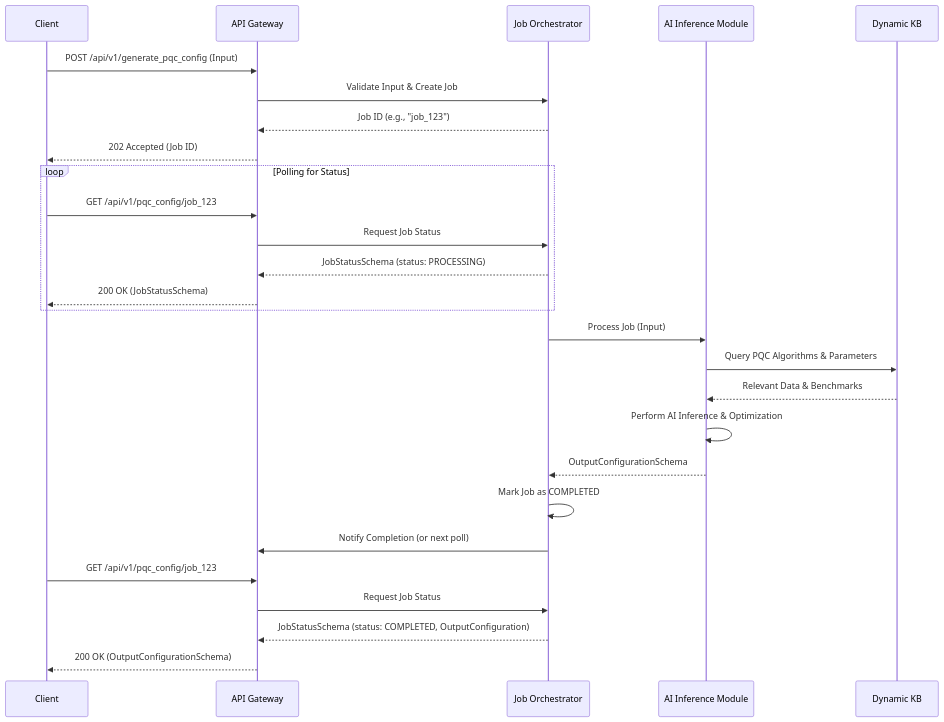
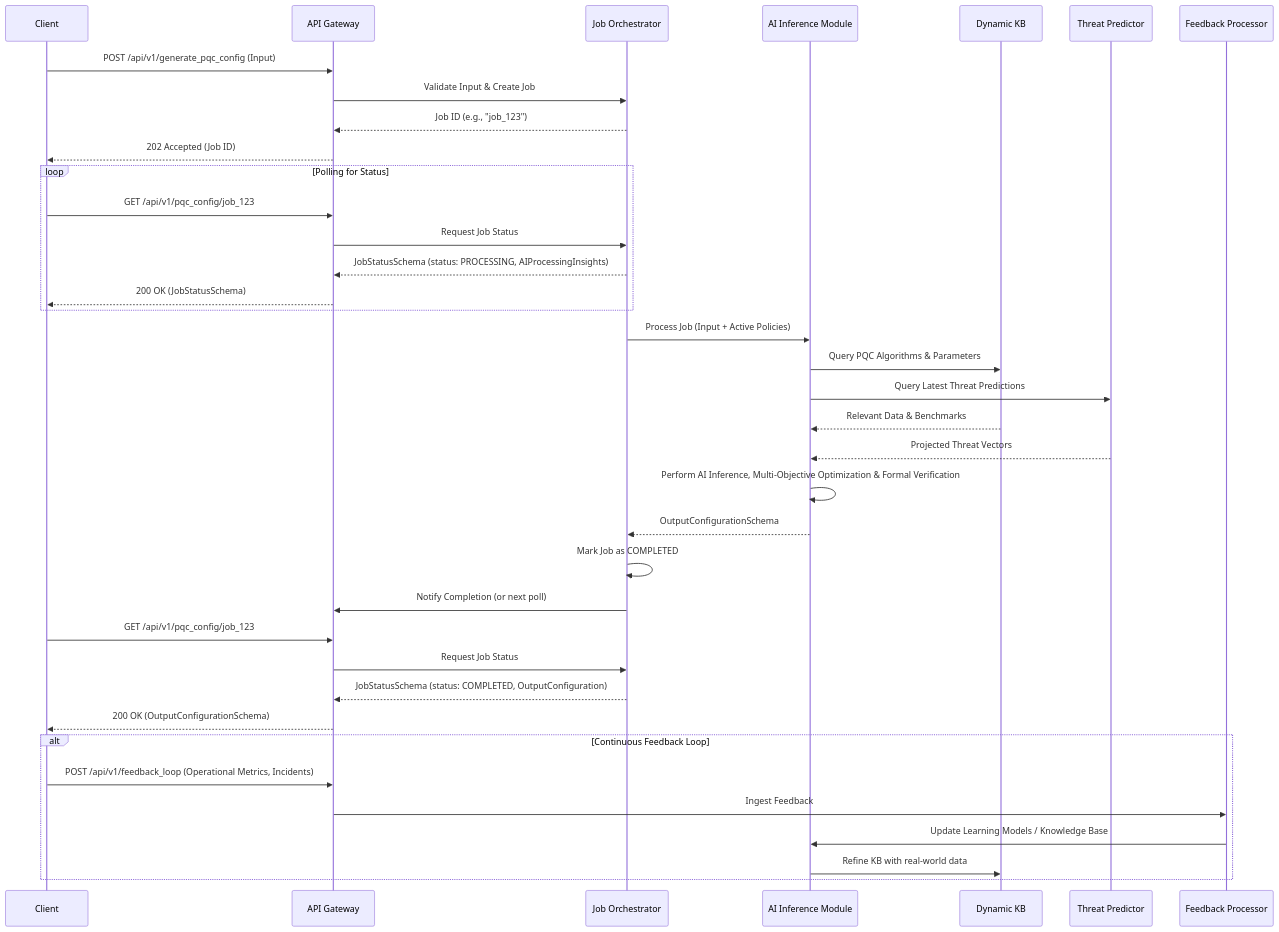
One commit to diplomat-bit/Citibank_Demo_Business_Inc_Demonstration- changed the second of 10 diagrams in inventions/013_post_quantum_cryptography_generation/api_schema_and_endpoints.md. Above: the diagram before and after it, drawn with Mermaid. The commit also changed other lines of this file, not shown here.

Commit message:
[AI] Edit: inventions/013_post_quantum_cryptography_generation/api_schema_and_endpoints.md

````diff
--- a/inventions/013_post_quantum_cryptography_generation/api_schema_and_endpoints.md
+++ b/inventions/013_post_quantum_cryptography_generation/api_schema_and_endpoints.md
@@ -717,33 +1466,44 @@
 ```mermaid
 sequenceDiagram
     participant C as Client
     participant AG as API Gateway
     participant JO as Job Orchestrator
     participant AIM as AI Inference Module
     participant DCKB as Dynamic KB
+    participant TP as Threat Predictor
+    participant FP as Feedback Processor
 
     C->>AG: POST /api/v1/generate_pqc_config (Input)
     AG->>JO: Validate Input & Create Job
     JO-->>AG: Job ID (e.g., "job_123")
     AG-->>C: 202 Accepted (Job ID)
 
     loop Polling for Status
         C->>AG: GET /api/v1/pqc_config/job_123
         AG->>JO: Request Job Status
-        JO-->>AG: JobStatusSchema (status: PROCESSING)
+        JO-->>AG: JobStatusSchema (status: PROCESSING, AIProcessingInsights)
         AG-->>C: 200 OK (JobStatusSchema)
     end
 
-    JO->>AIM: Process Job (Input)
+    JO->>AIM: Process Job (Input + Active Policies)
     AIM->>DCKB: Query PQC Algorithms & Parameters
+    AIM->>TP: Query Latest Threat Predictions
     DCKB-->>AIM: Relevant Data & Benchmarks
-    AIM->>AIM: Perform AI Inference & Optimization
+    TP-->>AIM: Projected Threat Vectors
+    AIM->>AIM: Perform AI Inference, Multi-Objective Optimization & Formal Verification
     AIM-->>JO: OutputConfigurationSchema
     JO->>JO: Mark Job as COMPLETED
     JO->>AG: Notify Completion (or next poll)
 
     C->>AG: GET /api/v1/pqc_config/job_123
     AG->>JO: Request Job Status
     JO-->>AG: JobStatusSchema (status: COMPLETED, OutputConfiguration)
     AG-->>C: 200 OK (OutputConfigurationSchema)
+
+    alt Continuous Feedback Loop
+        C->>AG: POST /api/v1/feedback_loop (Operational Metrics, Incidents)
+        AG->>FP: Ingest Feedback
+        FP->>AIM: Update Learning Models / Knowledge Base
+        AIM->>DCKB: Refine KB with real-world data
+    end
 ```
````
